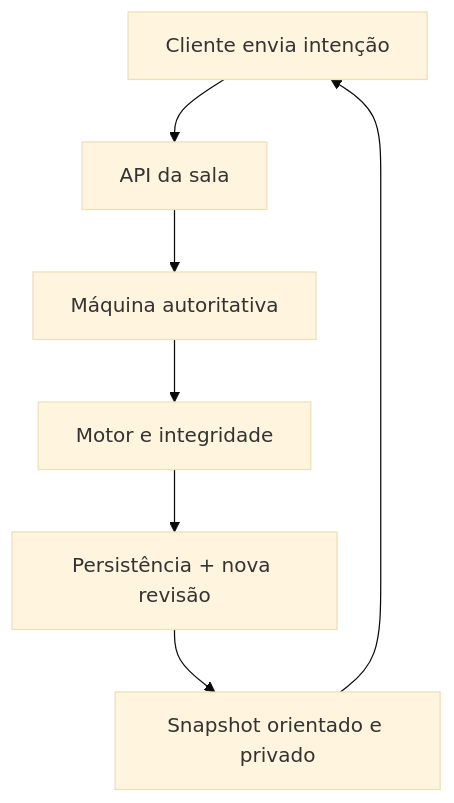
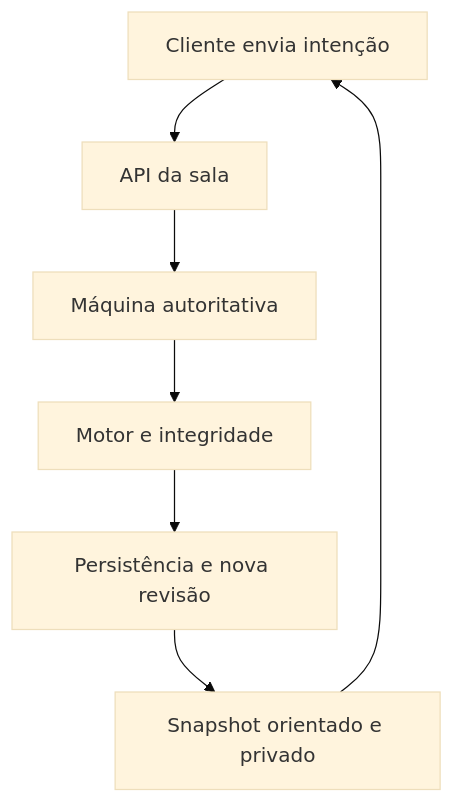
One commit to Vanleef/Hemsfell-Heroes changed the second of 2 diagrams in docs/architecture.md. Above: the diagram before and after it, drawn with Mermaid (base theme). The commit also changed other lines of this file and 1 other file, not shown here.

Commit message:
fix(docs): make Mermaid diagrams GitHub-safe

````diff
--- a/docs/architecture.md
+++ b/docs/architecture.md
@@ -94,9 +94,9 @@
 ```mermaid
 flowchart TD
-    Client[Cliente envia intenção] --> Route[API da sala]
-    Route --> Machine[Máquina autoritativa]
-    Machine --> Engine[Motor e integridade]
-    Engine --> Revision[Persistência + nova revisão]
-    Revision --> Snapshot[Snapshot orientado e privado]
-    Snapshot --> Client
+    gameClient["Cliente envia intenção"] --> roomApi["API da sala"]
+    roomApi --> roomMachine["Máquina autoritativa"]
+    roomMachine --> onlineEngine["Motor e integridade"]
+    onlineEngine --> roomRevision["Persistência e nova revisão"]
+    roomRevision --> privateSnapshot["Snapshot orientado e privado"]
+    privateSnapshot --> gameClient
 ```
````
